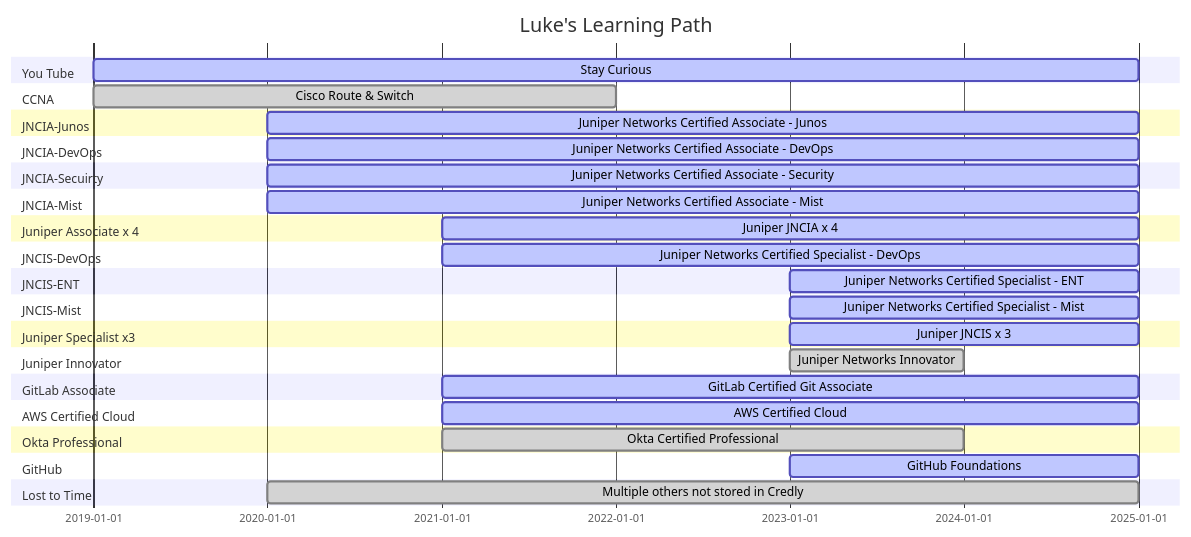
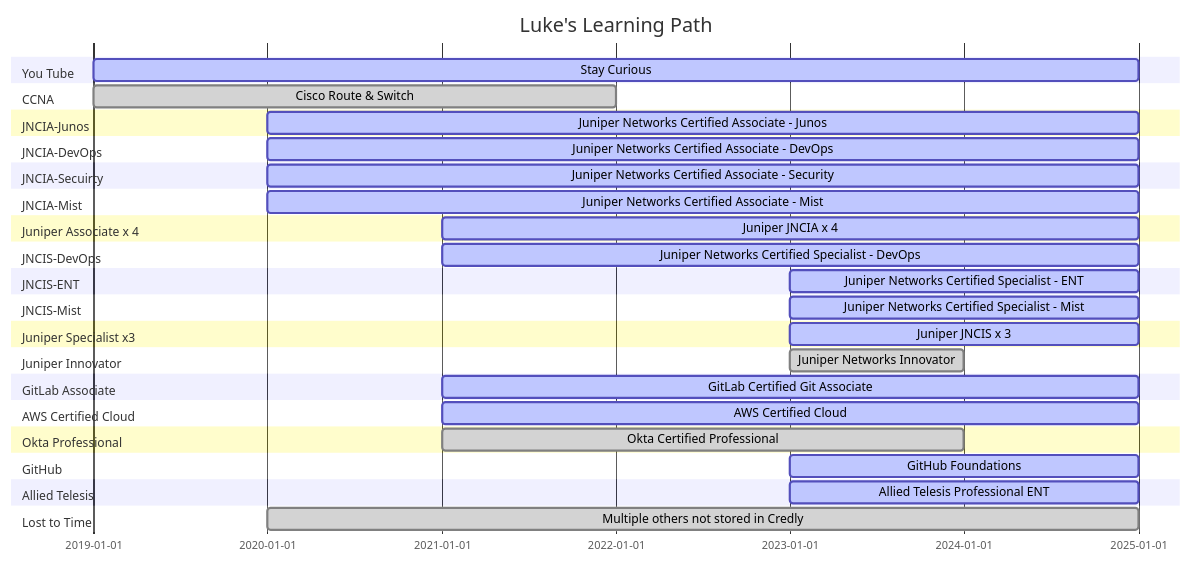
The second of 2 diagrams in docs/Hire-Me/index.md (lukeoson/lukeoson-mkdocs), drawn with Mermaid before and after one commit. The commit also changed other lines of this file and 5 other files, not shown here.

````diff
--- a/docs/Hire-Me/index.md
+++ b/docs/Hire-Me/index.md
@@ -102,56 +105,59 @@
     ```mermaid
     gantt
     dateFormat  YYYY
     title Luke's Learning Path 
 
     section You Tube 
     Stay Curious :active, 2019, 2025
 
     section CCNA 
     Cisco Route & Switch :done, 2019, 2022
     
     section JNCIA-Junos 
     Juniper Networks Certified Associate - Junos :active, 2020, 2025
 
     section JNCIA-DevOps 
     Juniper Networks Certified Associate - DevOps :active, 2020, 2025
 
     section JNCIA-Secuirty 
     Juniper Networks Certified Associate - Security :active, 2020, 2025
 
     section JNCIA-Mist 
     Juniper Networks Certified Associate - Mist :active, 2020, 2025
 
     section Juniper Associate x 4 
     Juniper JNCIA x 4 :active, 2021, 2025 
 
     section JNCIS-DevOps 
     Juniper Networks Certified Specialist - DevOps :active, 2021, 2025 
 
     section JNCIS-ENT 
     Juniper Networks Certified Specialist - ENT :active, 2023, 2025 
 
     section JNCIS-Mist 
     Juniper Networks Certified Specialist - Mist :active, 2023, 2025 
 
     section Juniper Specialist x3 
     Juniper JNCIS x 3 :active, 2023, 2025 
 
     section Juniper Innovator
     Juniper Networks Innovator :done, 2023, 2024  
 
     section GitLab Associate 
     GitLab Certified Git Associate :active, 2021, 2025 
 
     section AWS Certified Cloud
     AWS Certified Cloud :active, 2021, 2025 
 
     section Okta Professional 
     Okta Certified Professional :done, 2021, 2024 
 
     section GitHub
     GitHub Foundations :active, 2023, 2025
 
+    section Allied Telesis 
+    Allied Telesis Professional ENT :active, 2023, 2025
+
     section Lost to Time
     Multiple others not stored in Credly :done, 2020, 2025
     ```
````
